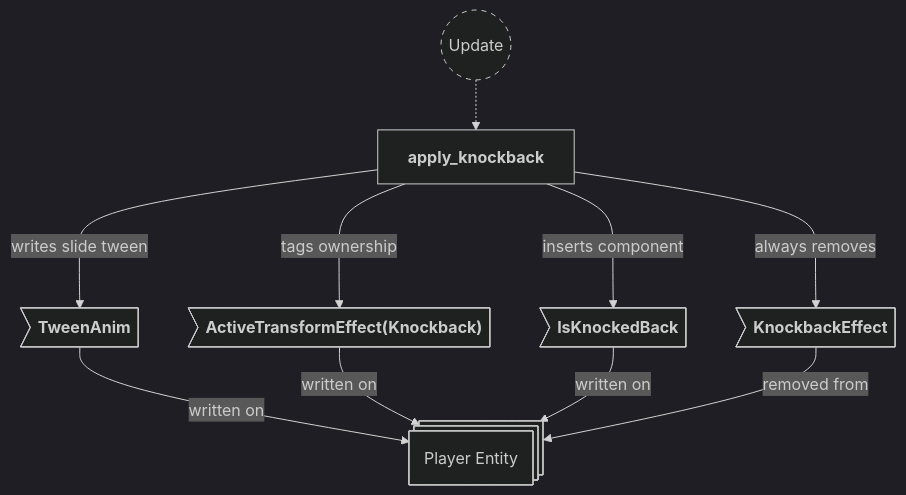
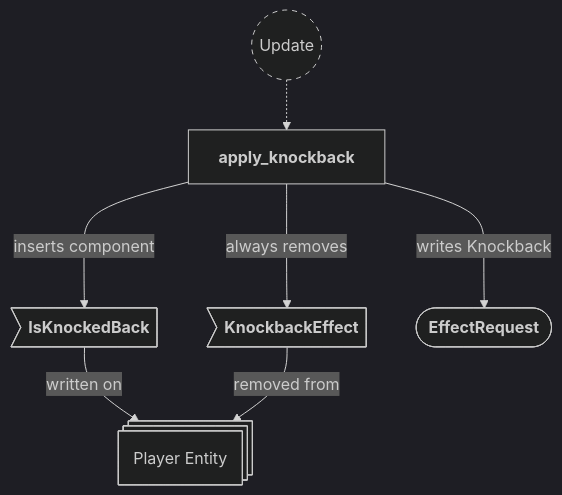
One commit to neurosoup/tyled changed the third of 25 diagrams in backlog/docs/doc-10 - 008-Effects-plugin.md. Above: the diagram before and after it, drawn with Mermaid. The commit also changed other lines of this file and 10 other files, not shown here.

First line of the commit message:
Refactor: run player position effects through the effect resolver

````diff
--- a/backlog/docs/doc-10 - 008-Effects-plugin.md
+++ b/backlog/docs/doc-10 - 008-Effects-plugin.md
@@ -286,31 +290,27 @@
 ```mermaid
 ---
 config:
   theme: dark
 ---
 
 flowchart TD
 classDef system-group stroke-dasharray: 5 5
 
 update(("`Update`")):::system-group
 apply_knockback["`**apply_knockback**`"]
 
 update -.-> apply_knockback
 
 player_entity@{ shape: st-rect, label: "Player Entity" }
 
-pe_tween_anim>"`**TweenAnim**`"]
-pe_active>"`**ActiveTransformEffect(Knockback)**`"]
 pe_is_knocked>"`**IsKnockedBack**`"]
 pe_knockback>"`**KnockbackEffect**`"]
+effect_request(["`**EffectRequest**`"])
 
-pe_tween_anim --> |written on| player_entity
-pe_active --> |written on| player_entity
 pe_is_knocked --> |written on| player_entity
 pe_knockback --> |removed from| player_entity
 
-apply_knockback ---> |writes slide tween| pe_tween_anim
-apply_knockback ---> |tags ownership| pe_active
+apply_knockback ---> |writes Knockback| effect_request
 apply_knockback ---> |inserts component| pe_is_knocked
 apply_knockback ---> |always removes| pe_knockback
 ```
````
